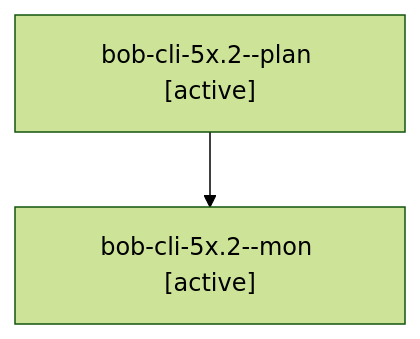
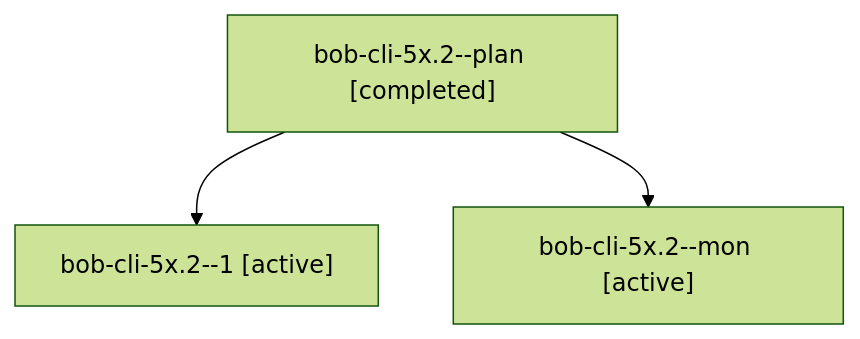
Before and after one commit to bobs-org/bob-cli--agents: the diagram in sessions/bbugyi200.athena.bob-cli-5x.2.md, drawn with Mermaid (forest theme). The commit also changed other lines of this file and 17 other files, not shown here.

````diff
--- a/sessions/bbugyi200.athena.bob-cli-5x.2.md
+++ b/sessions/bbugyi200.athena.bob-cli-5x.2.md
@@ -9,6 +9,8 @@
 ```mermaid
 flowchart TD
-  n0["bob-cli-5x.2--plan [active]"]
-  n1["bob-cli-5x.2--mon [active]"]
+  n0["bob-cli-5x.2--plan [completed]"]
+  n1["bob-cli-5x.2--1 [active]"]
   n0 --> n1
+  n2["bob-cli-5x.2--mon [active]"]
+  n0 --> n2
 ```
````
